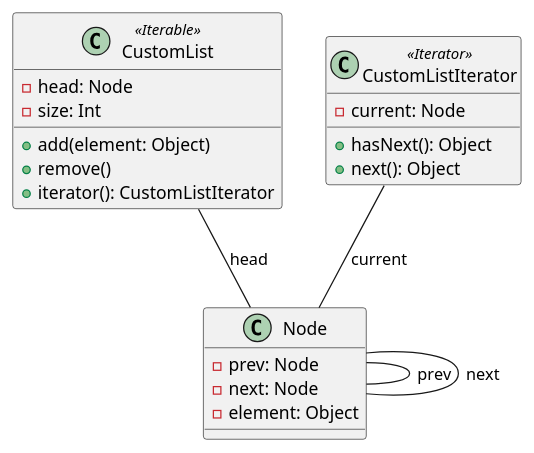
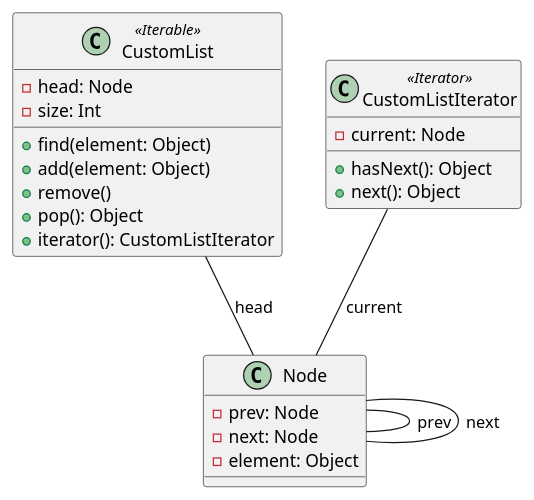
Before and after one commit to hslu-students/ad-exercises: the diagram in doc/list-classdiagram.plantuml, drawn with PlantUML. The commit also changed 2 other files, not shown here.

Commit message:
Implement find and pop

```diff
--- a/doc/list-classdiagram.plantuml
+++ b/doc/list-classdiagram.plantuml
@@ -1,30 +1,32 @@
 @startuml
 
 ' associations
 CustomList -- Node: head
 CustomListIterator -- Node: current
 Node -- Node: prev
 Node -- Node: next
 
 ' class definitions
 class CustomList <<Iterable>> {
   -head: Node
   -size: Int
+  +find(element: Object)
   +add(element: Object)
   +remove()
+  +pop(): Object
   +iterator(): CustomListIterator
 }
 
 class CustomListIterator <<Iterator>> {
   -current: Node
   +hasNext(): Object
   +next(): Object
 }
 
 class Node {
   -prev: Node
   -next: Node
   -element: Object
 }
 
 @enduml
```
